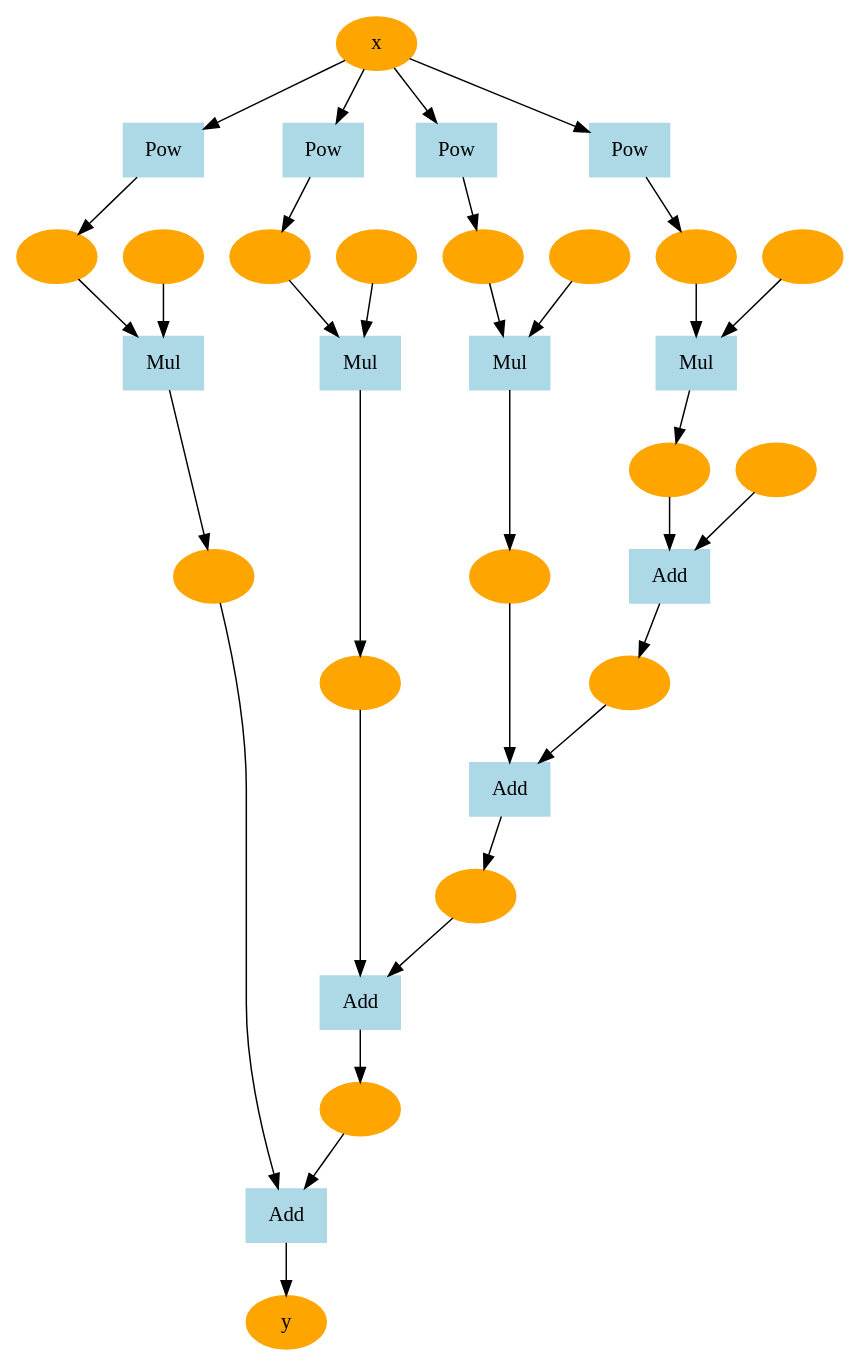
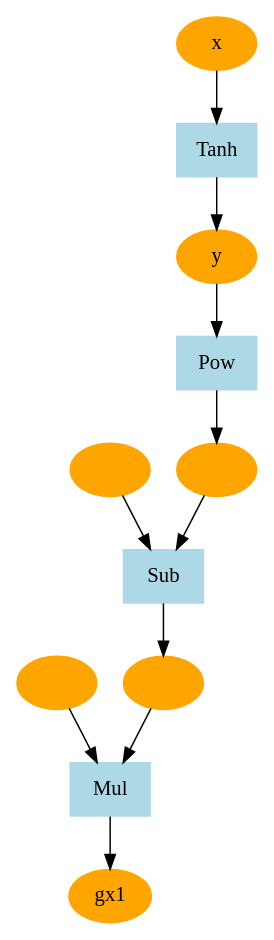
The diagram in steps/.dezero/tmp_graph.dot (A-sy-coding/deep-learning_3), drawn with Graphviz before and after one commit. The commit also changed 5 other files, not shown here.

```diff
--- a/steps/.dezero/tmp_graph.dot
+++ b/steps/.dezero/tmp_graph.dot
@@ -1,67 +1,23 @@
 digraph g {
-2538063733768 [label="y" , color=orange, style=filled]
-2538063733512 [label=Add, color=lightblue, style=filled, shape=box]
-2538063733320 -> 2538063733512
-2538063733640 -> 2538063733512
-2538063733512 -> 2538063733768
-2538063733320 [label="" , color=orange, style=filled]
-2538063733640 [label="" , color=orange, style=filled]
-2538063733384 [label=Mul, color=lightblue, style=filled, shape=box]
-2538063733448 -> 2538063733384
-2538063733576 -> 2538063733384
-2538063733384 -> 2538063733640
-2538063733448 [label="" , color=orange, style=filled]
-2538063733576 [label="" , color=orange, style=filled]
-2538063733256 [label=Pow, color=lightblue, style=filled, shape=box]
-2537787826312 -> 2538063733256
-2538063733256 -> 2538063733448
-2537787826312 [label="x" , color=orange, style=filled]
-2538063733064 [label=Add, color=lightblue, style=filled, shape=box]
-2538063732872 -> 2538063733064
-2538063733192 -> 2538063733064
-2538063733064 -> 2538063733320
-2538063732872 [label="" , color=orange, style=filled]
-2538063733192 [label="" , color=orange, style=filled]
-2538063732936 [label=Mul, color=lightblue, style=filled, shape=box]
-2538063733000 -> 2538063732936
-2538063733128 -> 2538063732936
-2538063732936 -> 2538063733192
-2538063733000 [label="" , color=orange, style=filled]
-2538063733128 [label="" , color=orange, style=filled]
-2538063732808 [label=Pow, color=lightblue, style=filled, shape=box]
-2537787826312 -> 2538063732808
-2538063732808 -> 2538063733000
-2537787826312 [label="x" , color=orange, style=filled]
-2538060896456 [label=Add, color=lightblue, style=filled, shape=box]
-2538063715976 -> 2538060896456
-2538063716296 -> 2538060896456
-2538060896456 -> 2538063732872
-2538063715976 [label="" , color=orange, style=filled]
-2538063716296 [label="" , color=orange, style=filled]
-2538063716040 [label=Mul, color=lightblue, style=filled, shape=box]
-2538063716104 -> 2538063716040
-2538063716232 -> 2538063716040
-2538063716040 -> 2538063716296
-2538063716104 [label="" , color=orange, style=filled]
-2538063716232 [label="" , color=orange, style=filled]
-2538063713480 [label=Pow, color=lightblue, style=filled, shape=box]
-2537787826312 -> 2538063713480
-2538063713480 -> 2538063716104
-2537787826312 [label="x" , color=orange, style=filled]
-2537787833864 [label=Add, color=lightblue, style=filled, shape=box]
-2538063366856 -> 2537787833864
-2538063715912 -> 2537787833864
-2537787833864 -> 2538063715976
-2538063366856 [label="" , color=orange, style=filled]
-2538063715912 [label="" , color=orange, style=filled]
-2537787829192 [label=Mul, color=lightblue, style=filled, shape=box]
-2538063662856 -> 2537787829192
-2538063366088 -> 2537787829192
-2537787829192 -> 2538063366856
-2538063662856 [label="" , color=orange, style=filled]
-2538063366088 [label="" , color=orange, style=filled]
-2537787826248 [label=Pow, color=lightblue, style=filled, shape=box]
-2537787826312 -> 2537787826248
-2537787826248 -> 2538063662856
-2537787826312 [label="x" , color=orange, style=filled]
+1871402618952 [label="gx1" , color=orange, style=filled]
+1871402598280 [label=Mul, color=lightblue, style=filled, shape=box]
+1871399766984 -> 1871402598280
+1871402598216 -> 1871402598280
+1871402598280 -> 1871402618952
+1871399766984 [label="" , color=orange, style=filled]
+1871402598216 [label="" , color=orange, style=filled]
+1871402597832 [label=Sub, color=lightblue, style=filled, shape=box]
+1871402598152 -> 1871402597832
+1871402598024 -> 1871402597832
+1871402597832 -> 1871402598216
+1871402598152 [label="" , color=orange, style=filled]
+1871402598024 [label="" , color=orange, style=filled]
+1871402597576 [label=Pow, color=lightblue, style=filled, shape=box]
+1871402540040 -> 1871402597576
+1871402597576 -> 1871402598024
+1871402540040 [label="y" , color=orange, style=filled]
+1871128156808 [label=Tanh, color=lightblue, style=filled, shape=box]
+1871128156872 -> 1871128156808
+1871128156808 -> 1871402540040
+1871128156872 [label="x" , color=orange, style=filled]
 }
```
